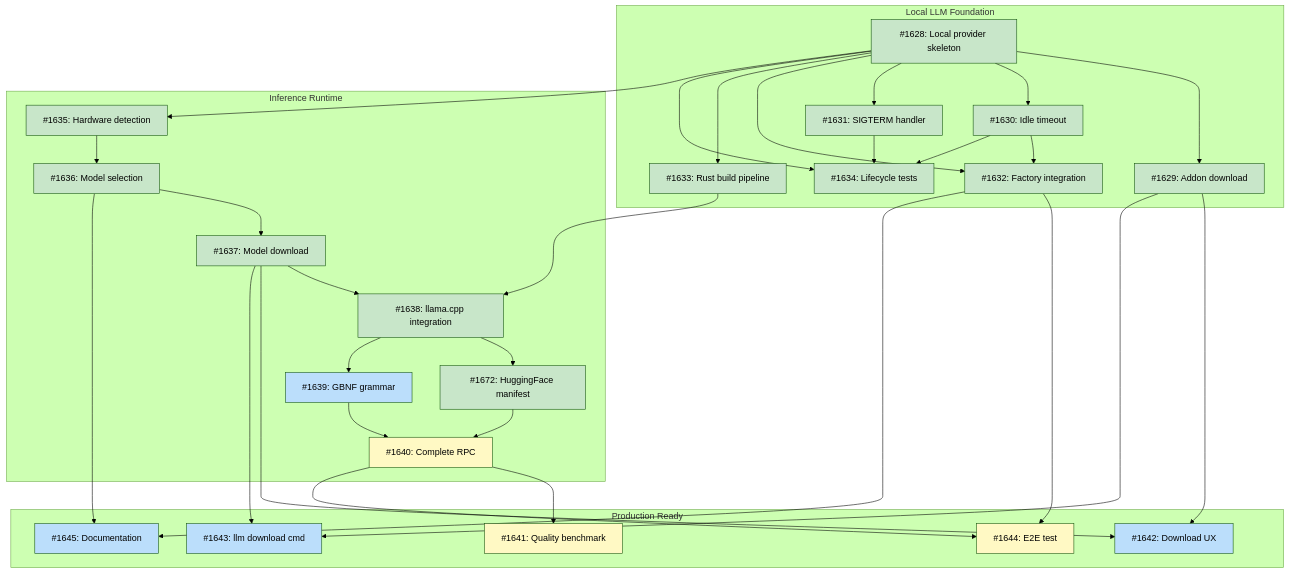
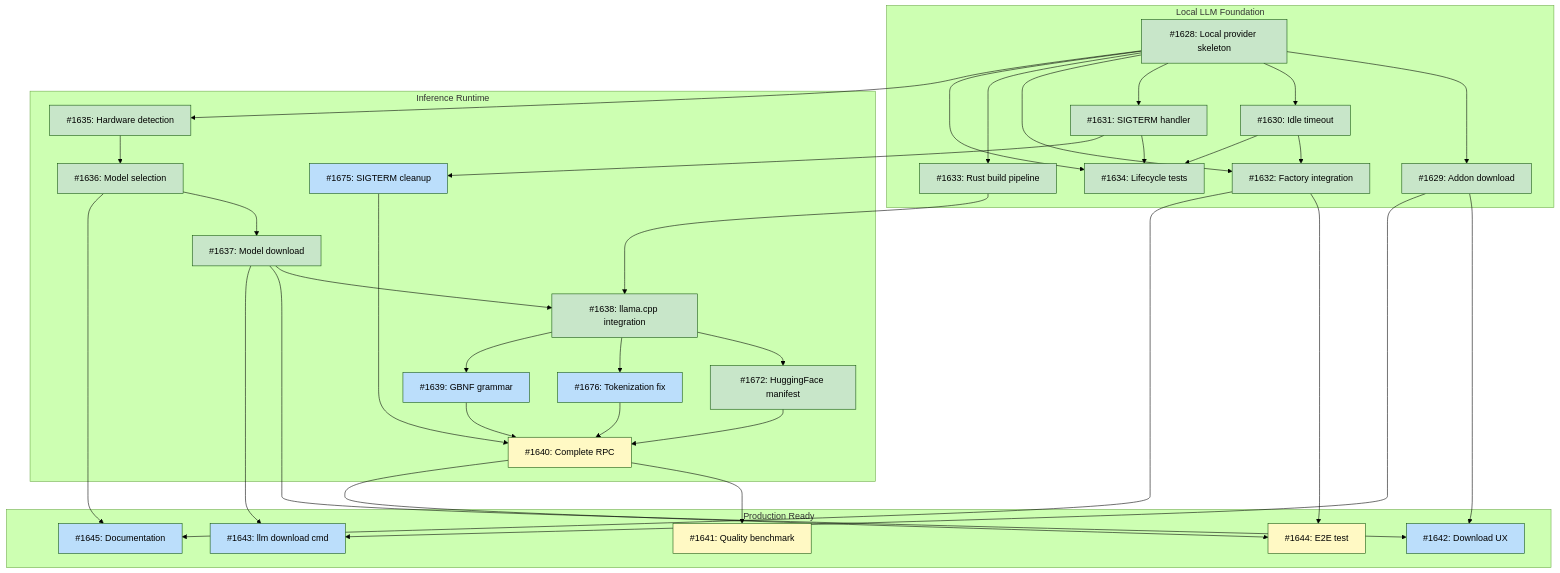
One commit to tsukumogami/tsuku changed the diagram in docs/designs/DESIGN-local-llm-runtime.md. Above: the diagram before and after it, drawn with Mermaid (forest theme). The commit also changed other lines of this file, not shown here.

Commit message:
docs(llm): add bug fix issues #1675 and #1676 to Inference Runtime milestone
Add two bug fix issues discovered during integration testing:
- #1675: SIGTERM cleanup - socket/lock files not removed on shutdown
- #1676: Tokenization error - llama_tokenize returns negative count

These block #1640 (Complete RPC) since it requires working signal
handling and tokenization.

````diff
--- a/docs/designs/DESIGN-local-llm-runtime.md
+++ b/docs/designs/DESIGN-local-llm-runtime.md
@@ -76,67 +80,73 @@
 ```mermaid
 graph TD
     subgraph M1["Local LLM Foundation"]
         I1628["#1628: Local provider skeleton"]
         I1629["#1629: Addon download"]
         I1630["#1630: Idle timeout"]
         I1631["#1631: SIGTERM handler"]
         I1632["#1632: Factory integration"]
         I1633["#1633: Rust build pipeline"]
         I1634["#1634: Lifecycle tests"]
     end
 
     subgraph M2["Inference Runtime"]
         I1635["#1635: Hardware detection"]
         I1636["#1636: Model selection"]
         I1637["#1637: Model download"]
         I1638["#1638: llama.cpp integration"]
         I1672["#1672: HuggingFace manifest"]
+        I1675["#1675: SIGTERM cleanup"]
+        I1676["#1676: Tokenization fix"]
         I1639["#1639: GBNF grammar"]
         I1640["#1640: Complete RPC"]
     end
 
     subgraph M3["Production Ready"]
         I1641["#1641: Quality benchmark"]
         I1642["#1642: Download UX"]
         I1643["#1643: llm download cmd"]
         I1644["#1644: E2E test"]
         I1645["#1645: Documentation"]
     end
 
     I1628 --> I1629
     I1628 --> I1630
     I1628 --> I1631
     I1628 --> I1632
     I1630 --> I1632
     I1628 --> I1633
     I1628 --> I1634
     I1630 --> I1634
     I1631 --> I1634
     I1628 --> I1635
     I1635 --> I1636
     I1636 --> I1637
     I1633 --> I1638
     I1637 --> I1638
     I1638 --> I1672
+    I1631 --> I1675
+    I1638 --> I1676
     I1638 --> I1639
     I1672 --> I1640
+    I1675 --> I1640
+    I1676 --> I1640
     I1639 --> I1640
     I1640 --> I1641
     I1629 --> I1642
     I1637 --> I1642
     I1629 --> I1643
     I1637 --> I1643
     I1640 --> I1644
     I1632 --> I1644
     I1632 --> I1645
     I1636 --> I1645
 
     classDef done fill:#c8e6c9
     classDef ready fill:#bbdefb
     classDef blocked fill:#fff9c4
     classDef needsDesign fill:#e1bee7
 
     class I1628,I1629,I1630,I1631,I1632,I1633,I1634,I1635,I1636,I1637,I1638,I1672 done
-    class I1639,I1642,I1643,I1645 ready
+    class I1639,I1642,I1643,I1645,I1675,I1676 ready
     class I1640,I1641,I1644 blocked
 ```
````
